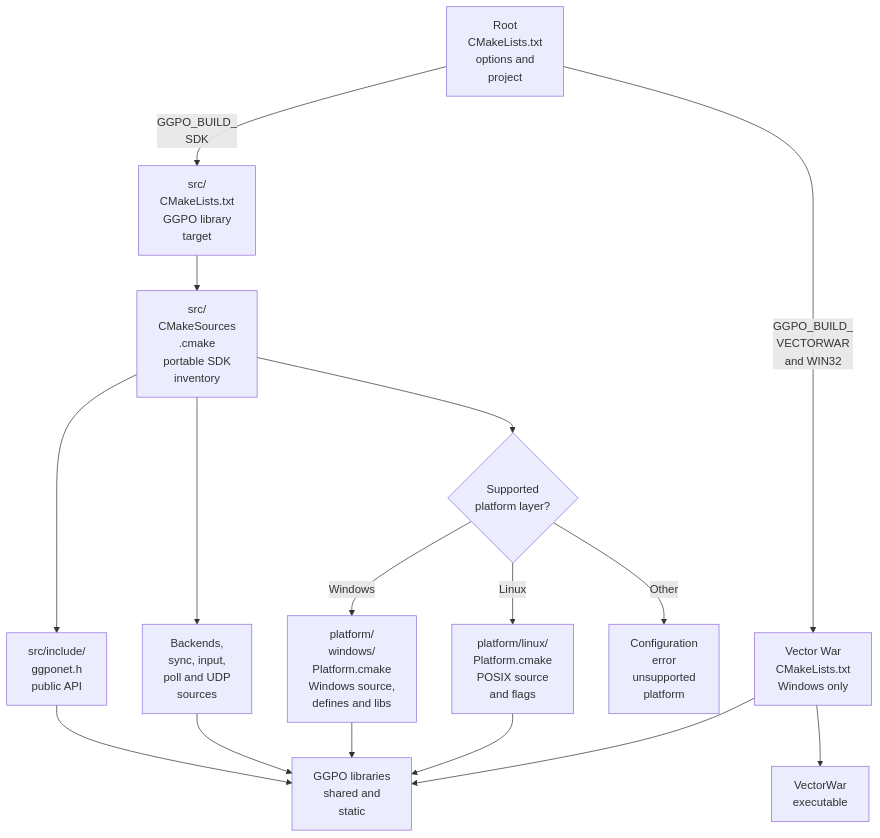
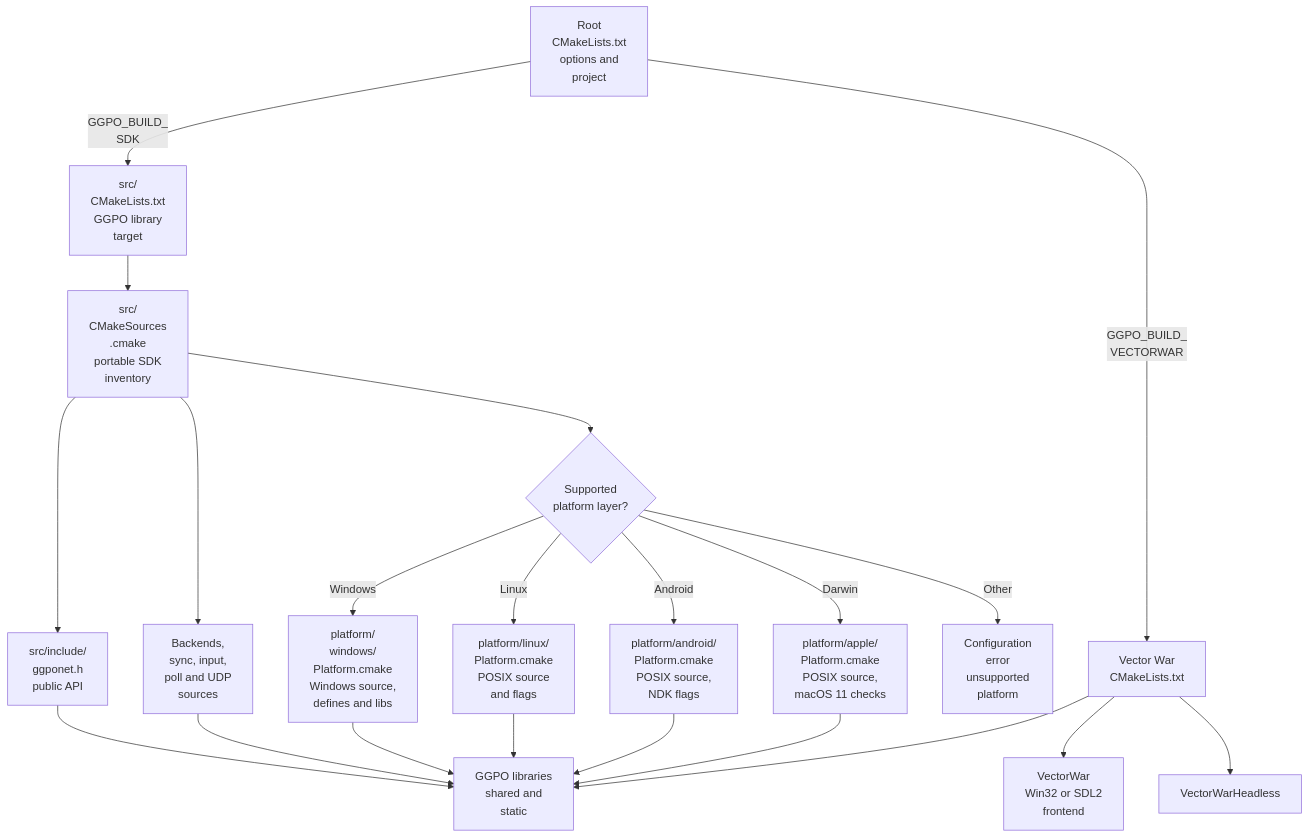
One commit to irregularthanis/ggpo-next changed the diagram in doc/architecture/Build.md. Above: the diagram before and after it, drawn with Mermaid. The commit also changed other lines of this file and 9 other files, not shown here.

````diff
--- a/doc/architecture/Build.md
+++ b/doc/architecture/Build.md
@@ -29,31 +32,39 @@
 ```mermaid
 flowchart TD
     Root["Root<br/>CMakeLists.txt<br/>options and<br/>project"]
     SDKList["src/<br/>CMakeLists.txt<br/>GGPO library<br/>target"]
     Sources["src/<br/>CMakeSources<br/>.cmake<br/>portable SDK<br/>inventory"]
     Public["src/include/<br/>ggponet.h<br/>public API"]
     Core["Backends,<br/>sync, input,<br/>poll and UDP<br/>sources"]
     Platform{"Supported<br/>platform layer?"}
     Windows["platform/<br/>windows/<br/>Platform.cmake<br/>Windows source,<br/>defines and libs"]
     Linux["platform/linux/<br/>Platform.cmake<br/>POSIX source<br/>and flags"]
+    Android["platform/android/<br/>Platform.cmake<br/>POSIX source,<br/>NDK flags"]
+    Apple["platform/apple/<br/>Platform.cmake<br/>POSIX source,<br/>macOS 11 checks"]
     Unsupported["Configuration<br/>error<br/>unsupported<br/>platform"]
     Library["GGPO libraries<br/>shared and<br/>static"]
-    SampleList["Vector War<br/>CMakeLists.txt<br/>Windows only"]
-    Sample["VectorWar<br/>executable"]
+    SampleList["Vector War<br/>CMakeLists.txt"]
+    Sample["VectorWar<br/>Win32 or SDL2<br/>frontend"]
+    Headless["VectorWarHeadless"]
 
     Root -->|"GGPO_BUILD_<br/>SDK"| SDKList
     SDKList --> Sources
     Sources --> Public
     Sources --> Core
     Sources --> Platform
     Platform -->|"Windows"| Windows
     Platform -->|"Linux"| Linux
+    Platform -->|"Android"| Android
+    Platform -->|"Darwin"| Apple
     Platform -->|"Other"| Unsupported
     Public --> Library
     Core --> Library
     Windows --> Library
     Linux --> Library
-    Root -->|"GGPO_BUILD_<br/>VECTORWAR<br/>and WIN32"| SampleList
+    Android --> Library
+    Apple --> Library
+    Root -->|"GGPO_BUILD_<br/>VECTORWAR"| SampleList
     SampleList --> Library
     SampleList --> Sample
+    SampleList --> Headless
 ```
````
